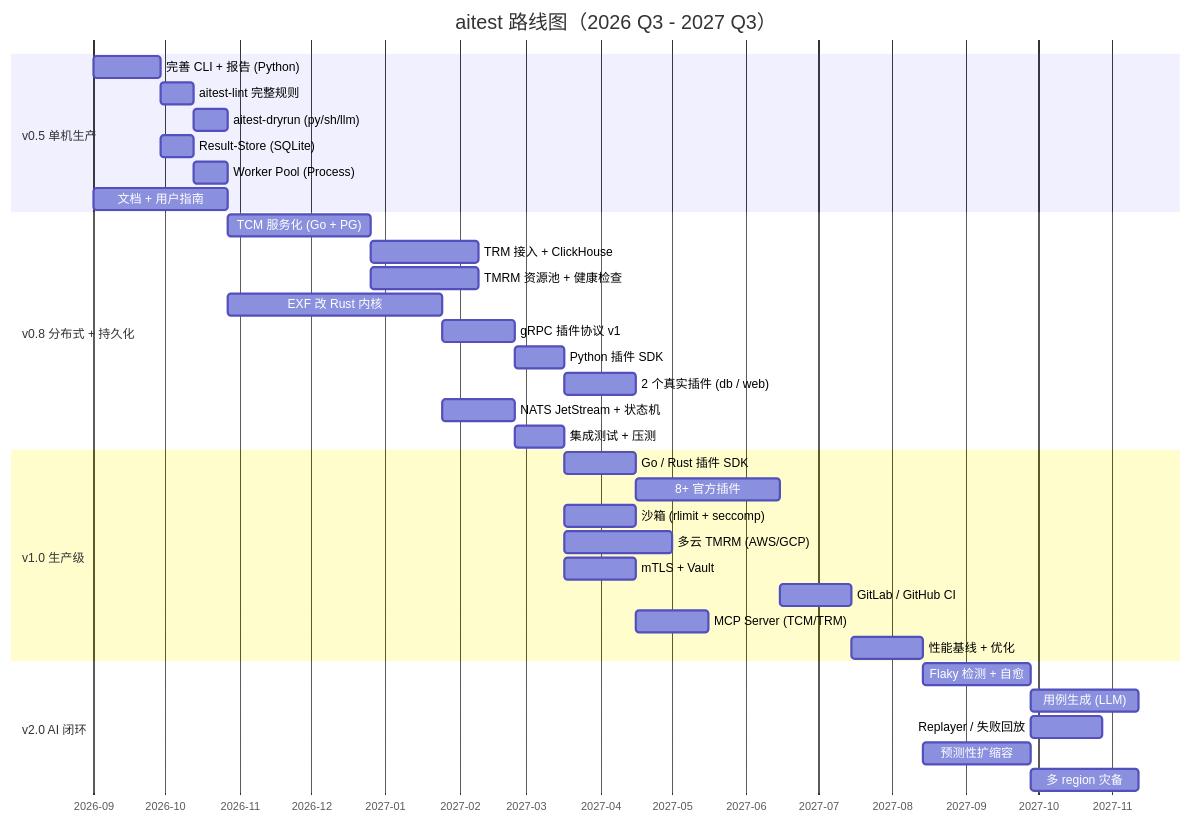
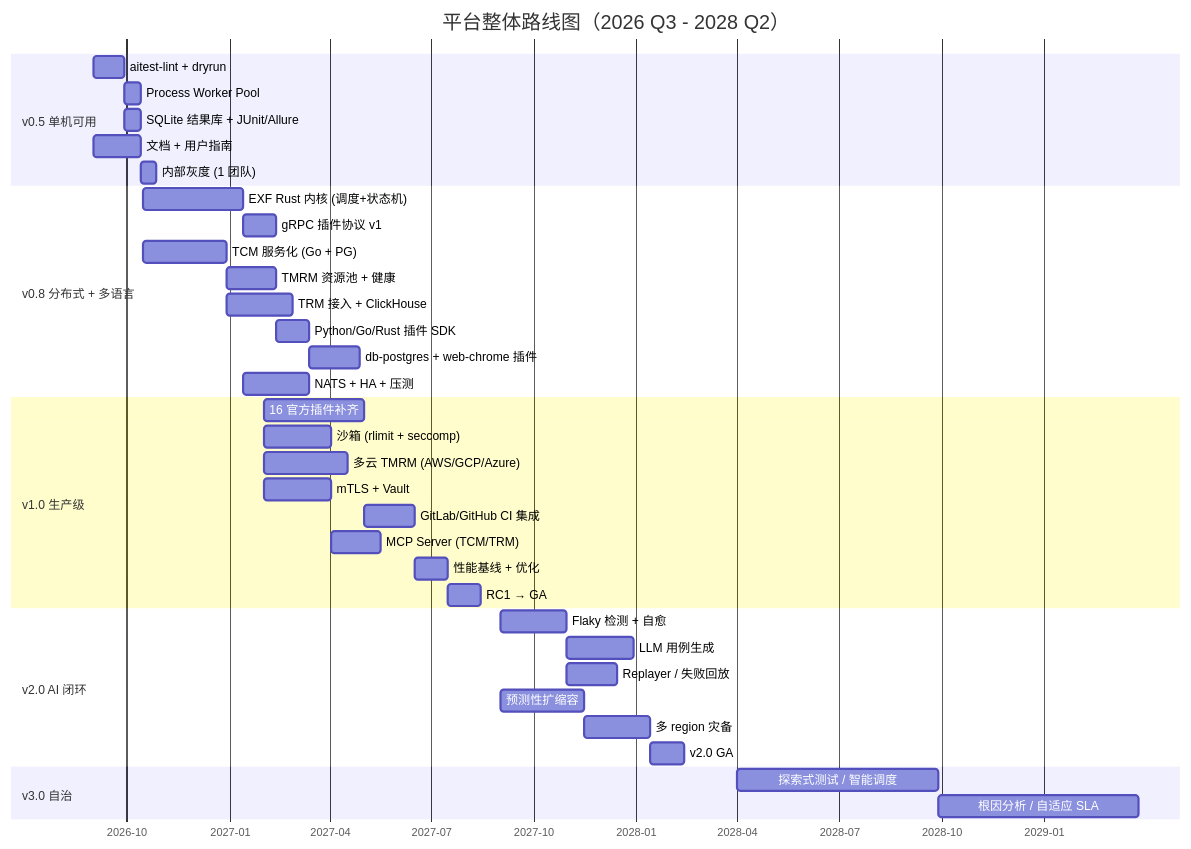
Before and after one commit to OneTearOneSmoke/oneTear: the second of 3 diagrams in docs/ai-test/development-plan.md, drawn with Mermaid. The commit also changed other lines of this file and 1 other file, not shown here.

First line of the commit message:
docs(aitest): expand development plan to whole-platform scope

````diff
--- a/docs/ai-test/development-plan.md
+++ b/docs/ai-test/development-plan.md
@@ -26,38 +75,40 @@
 ```mermaid
 gantt
-  title aitest 路线图（2026 Q3 - 2027 Q3）
+  title 平台整体路线图（2026 Q3 - 2028 Q2）
   dateFormat YYYY-MM-DD
   axisFormat %Y-%m
-  section v0.5 单机生产
-  完善 CLI + 报告 (Python)         :a1, 2026-09-01, 28d
-  aitest-lint 完整规则              :a2, after a1, 14d
-  aitest-dryrun (py/sh/llm)         :a3, after a2, 14d
-  Result-Store (SQLite)             :a4, after a1, 14d
-  Worker Pool (Process)             :a5, after a4, 14d
-  文档 + 用户指南                   :a6, 2026-09-01, 56d
-  section v0.8 分布式 + 持久化
-  TCM 服务化 (Go + PG)              :b1, after a6, 60d
-  TRM 接入 + ClickHouse             :b2, after b1, 45d
-  TMRM 资源池 + 健康检查            :b3, after b1, 45d
-  EXF 改 Rust 内核                  :b4, after a6, 90d
-  gRPC 插件协议 v1                  :b5, after b4, 30d
-  Python 插件 SDK                   :b6, after b5, 21d
-  2 个真实插件 (db / web)           :b7, after b6, 30d
-  NATS JetStream + 状态机           :b8, after b4, 30d
-  集成测试 + 压测                   :b9, after b8, 21d
+  section v0.5 单机可用
+  aitest-lint + dryrun        :a1, 2026-09-01, 28d
+  Process Worker Pool          :a2, after a1, 14d
+  SQLite 结果库 + JUnit/Allure :a3, after a1, 14d
+  文档 + 用户指南              :a4, 2026-09-01, 42d
+  内部灰度 (1 团队)            :a5, after a3, 14d
+  section v0.8 分布式 + 多语言
+  EXF Rust 内核 (调度+状态机) :b1, 2026-10-15, 90d
+  gRPC 插件协议 v1             :b2, after b1, 30d
+  TCM 服务化 (Go + PG)         :b3, 2026-10-15, 75d
+  TMRM 资源池 + 健康           :b4, after b3, 45d
+  TRM 接入 + ClickHouse        :b5, after b3, 60d
+  Python/Go/Rust 插件 SDK      :b6, after b2, 30d
+  db-postgres + web-chrome 插件:b7, after b6, 45d
+  NATS + HA + 压测             :b8, after b1, 60d
   section v1.0 生产级
-  Go / Rust 插件 SDK                :c1, after b9, 30d
-  8+ 官方插件                       :c2, after c1, 60d
-  沙箱 (rlimit + seccomp)           :c3, after b9, 30d
-  多云 TMRM (AWS/GCP)               :c4, after b9, 45d
-  mTLS + Vault                      :c5, after b9, 30d
-  GitLab / GitHub CI                :c6, after c2, 30d
-  MCP Server (TCM/TRM)              :c7, after c5, 30d
-  性能基线 + 优化                   :c8, after c6, 30d
+  16 官方插件补齐              :c1, 2027-02-01, 90d
+  沙箱 (rlimit + seccomp)      :c2, 2027-02-01, 60d
+  多云 TMRM (AWS/GCP/Azure)    :c3, 2027-02-01, 75d
+  mTLS + Vault                 :c4, 2027-02-01, 60d
+  GitLab/GitHub CI 集成        :c5, after c1, 45d
+  MCP Server (TCM/TRM)         :c6, after c4, 45d
+  性能基线 + 优化              :c7, after c5, 30d
+  RC1 → GA                     :c8, after c7, 30d
   section v2.0 AI 闭环
-  Flaky 检测 + 自愈                 :d1, after c8, 45d
-  用例生成 (LLM)                    :d2, after d1, 45d
-  Replayer / 失败回放                :d3, after d1, 30d
-  预测性扩缩容                      :d4, after c8, 45d
-  多 region 灾备                    :d5, after d4, 45d
+  Flaky 检测 + 自愈            :d1, 2027-09-01, 60d
+  LLM 用例生成                 :d2, after d1, 60d
+  Replayer / 失败回放           :d3, after d1, 45d
+  预测性扩缩容                 :d4, 2027-09-01, 75d
+  多 region 灾备               :d5, after d4, 60d
+  v2.0 GA                      :d6, after d5, 30d
+  section v3.0 自治
+  探索式测试 / 智能调度         :e1, 2028-04-01, 180d
+  根因分析 / 自适应 SLA         :e2, after e1, 180d
 ```
````
